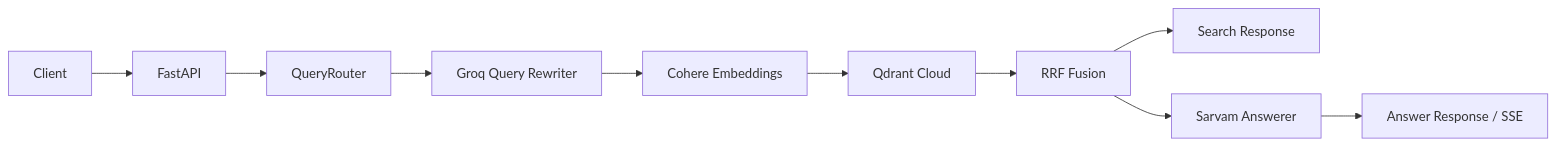
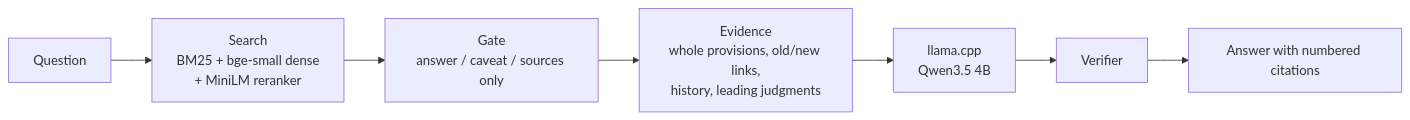
The diagram in backend/README.md (sarthak213/ParAILegal), drawn with Mermaid before and after one commit. The commit also changed other lines of this file, not shown here.

````diff
--- a/backend/README.md
+++ b/backend/README.md
@@ -23,12 +14,9 @@
 ```mermaid
 flowchart LR
-    Client --> FastAPI
-    FastAPI --> Router[QueryRouter]
-    Router --> Rewriter[Groq Query Rewriter]
-    Rewriter --> Embed[Cohere Embeddings]
-    Embed --> Qdrant[Qdrant Cloud]
-    Qdrant --> Fusion[RRF Fusion]
-    Fusion --> Search[Search Response]
-    Fusion --> Sarvam[Sarvam Answerer]
-    Sarvam --> Answer[Answer Response / SSE]
+    Q[Question] --> Search[Search<br/>BM25 + bge-small dense<br/>+ MiniLM reranker]
+    Search --> Gate[Gate<br/>answer / caveat / sources only]
+    Gate --> Evidence[Evidence<br/>whole provisions, old/new links,<br/>history, leading judgments]
+    Evidence --> LLM[llama.cpp<br/>Qwen3.5 4B]
+    LLM --> Verify[Verifier]
+    Verify --> A[Answer with numbered citations]
 ```
````
